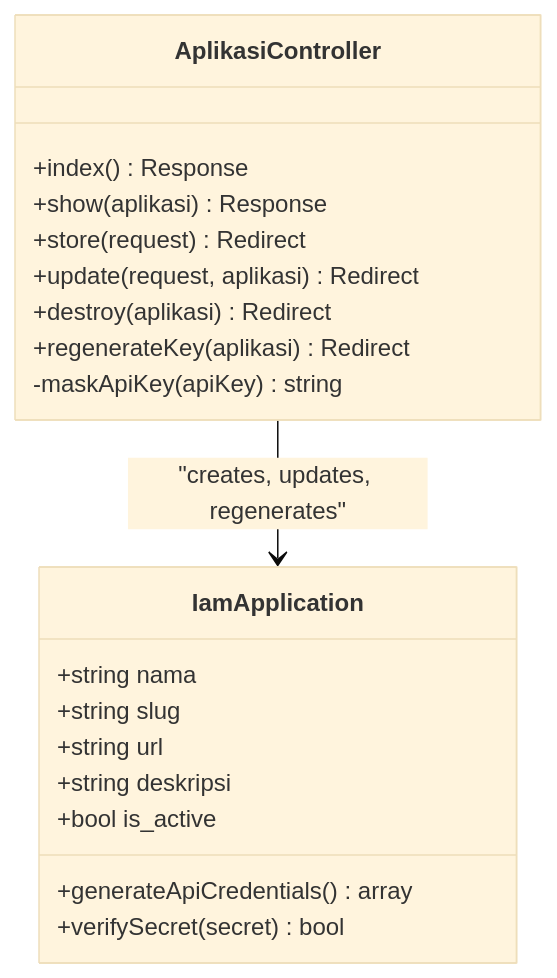
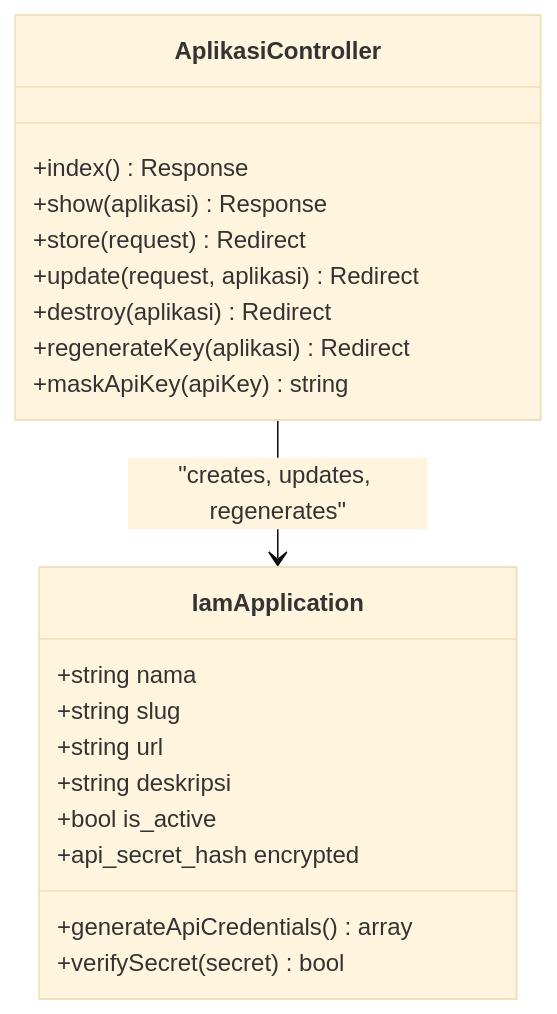
The third of 9 diagrams in .qoder/repowiki/en/content/Identity and Access Management (IAM)/Identity and Access Management (IAM).md (PA-Penajam/kepegawaian_apps), drawn with Mermaid (base theme) before and after one commit. The commit also changed other lines of this file and 22 other files, not shown here.

````diff
--- a/.qoder/repowiki/en/content/Identity and Access Management (IAM)/Identity and Access Management (IAM).md
+++ b/.qoder/repowiki/en/content/Identity and Access Management (IAM)/Identity and Access Management (IAM).md
@@ -196,22 +218,23 @@
 ```mermaid
 classDiagram
 class IamApplication {
 +string nama
 +string slug
 +string url
 +string deskripsi
 +bool is_active
 +generateApiCredentials() array
 +verifySecret(secret) bool
++api_secret_hash encrypted
 }
 class AplikasiController {
 +index() Response
 +show(aplikasi) Response
 +store(request) Redirect
 +update(request, aplikasi) Redirect
 +destroy(aplikasi) Redirect
 +regenerateKey(aplikasi) Redirect
--maskApiKey(apiKey) string
++maskApiKey(apiKey) string
 }
 AplikasiController --> IamApplication : "creates, updates, regenerates"
 ```
````
